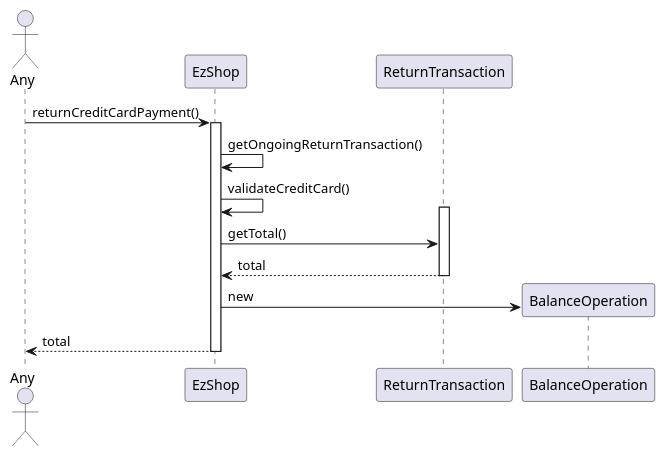
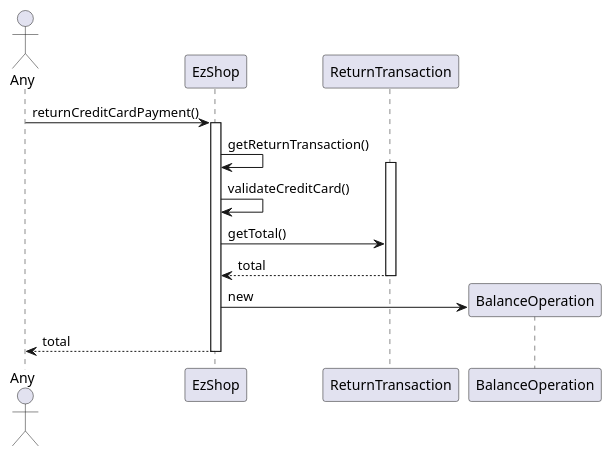
One commit to paocela/EzShop changed diagram 17 of 18 in Deliverables/DesignDocument.md. Above: the diagram before and after it, drawn with PlantUML. The commit also changed other lines of this file, not shown here.

Commit message:
Changed return transaction retrieval

````diff
--- a/Deliverables/DesignDocument.md
+++ b/Deliverables/DesignDocument.md
@@ -324,14 +324,14 @@
 ```plantuml
 actor Any
 Any -> EzShop : returnCreditCardPayment()
 activate EzShop
-EzShop -> EzShop : getOngoingReturnTransaction()
+EzShop -> EzShop : getReturnTransaction()
+activate ReturnTransaction
 EzShop -> EzShop : validateCreditCard()
-activate ReturnTransaction
 EzShop -> ReturnTransaction  : getTotal()
 EzShop <-- ReturnTransaction  : total
 deactivate ReturnTransaction
 EzShop -> BalanceOperation  ** : new
 Any <-- EzShop : total 
 deactivate EzShop
 ```
````
